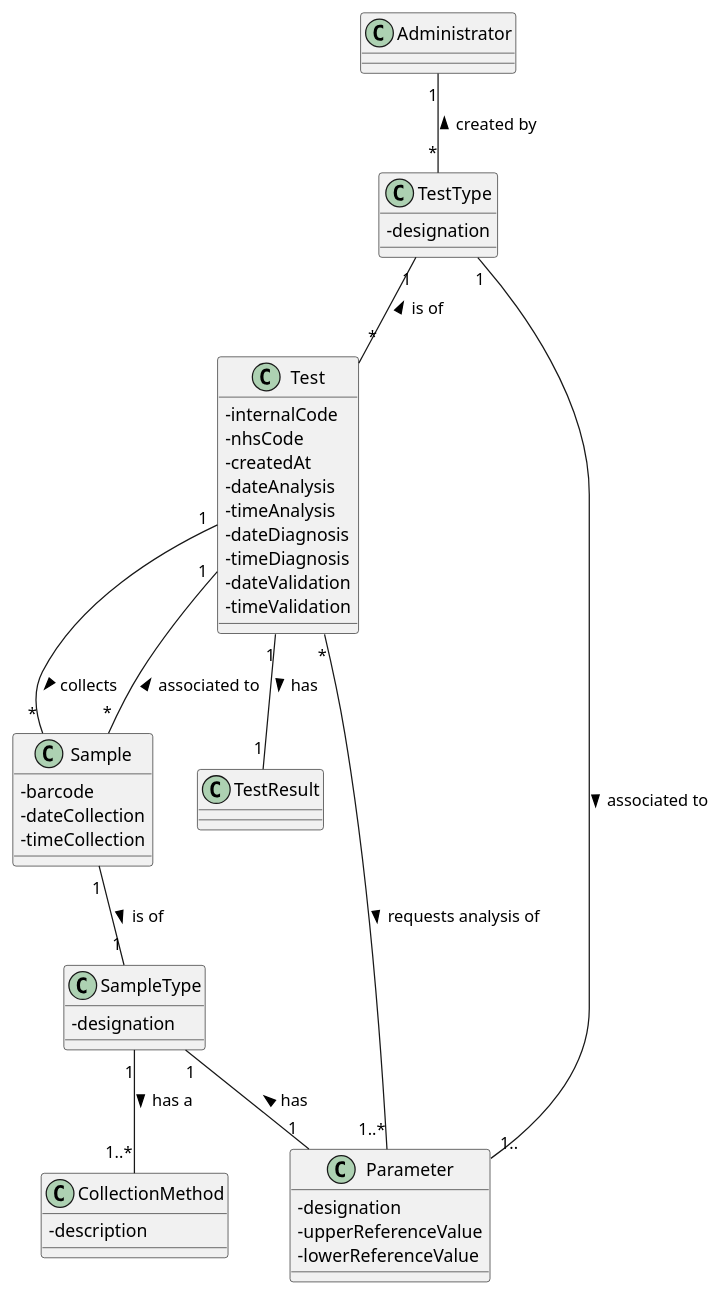
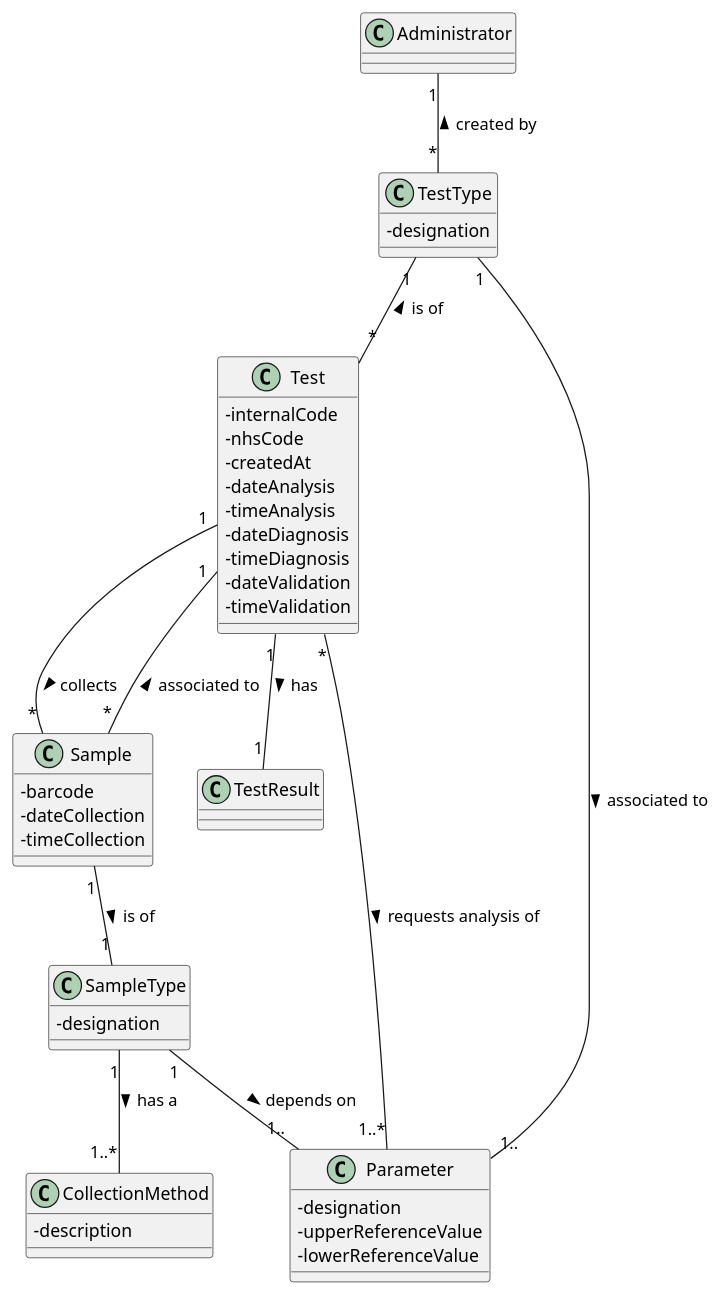
The diagram in docs/SprintB/US9/US9_DM.puml (MadDinosaur/ISEP-LAPR2), drawn with PlantUML before and after one commit. The commit also changed 4 other files, not shown here.

Commit message:
Created the sequence diagram. Changed the domain model. Continued the requirements file. Changed the system sequence diagram.

```diff
--- a/docs/SprintB/US9/US9_DM.puml
+++ b/docs/SprintB/US9/US9_DM.puml
@@ -1,48 +1,48 @@
 @startuml
 skinparam classAttributeIconSize 0
 
 class Administrator
 class CollectionMethod {
 -description
 }
 
 class Test {
 -internalCode
 -nhsCode
 -createdAt
 -dateAnalysis
 -timeAnalysis
 -dateDiagnosis
 -timeDiagnosis
 -dateValidation
 -timeValidation
 }
 class TestResult
 class TestType {
 -designation
 }
 class Sample {
 -barcode
 -dateCollection
 -timeCollection
 }
 class SampleType {
 -designation
 }
 class Parameter {
 -designation
 -upperReferenceValue
 -lowerReferenceValue
 }
 
 Sample "*"--"1" Test : associated to >
 SampleType "1"-up-"1" Sample  : is of <
 Test "*"-down-"1..*" Parameter : requests analysis of >
 Test "*"-up-"1" TestType : is of >
 Test "1"-down-"*" Sample : collects >
 TestType "*"-up-"1" Administrator : created by >
 SampleType "1"--"1..*" CollectionMethod : has a >
 Parameter "1.."-up-"1" TestType  : associated to <
-SampleType "1"-down-"1" Parameter : has <
+SampleType "1"--"1.." Parameter : depends on >
 Test "1"-down-"1" TestResult : has >
 @enduml
```
